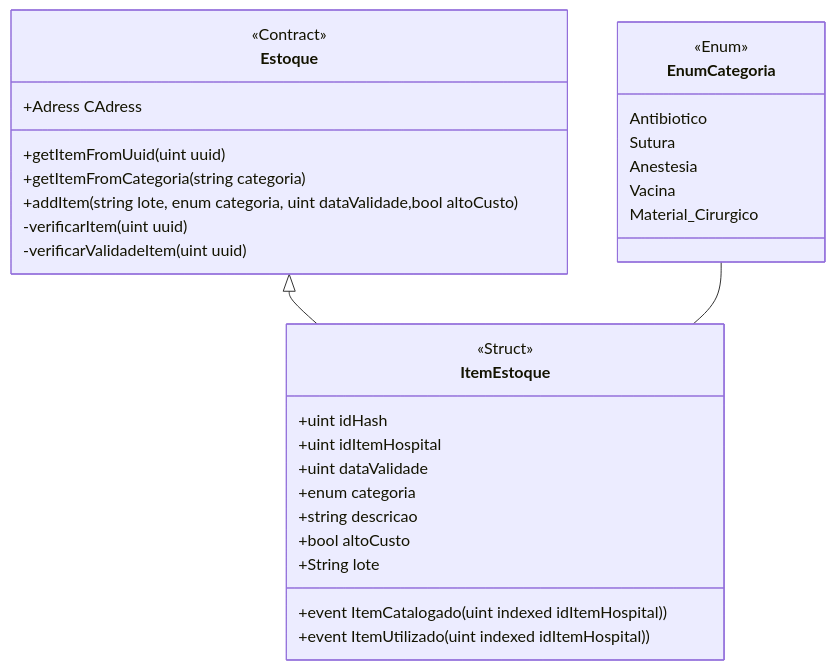
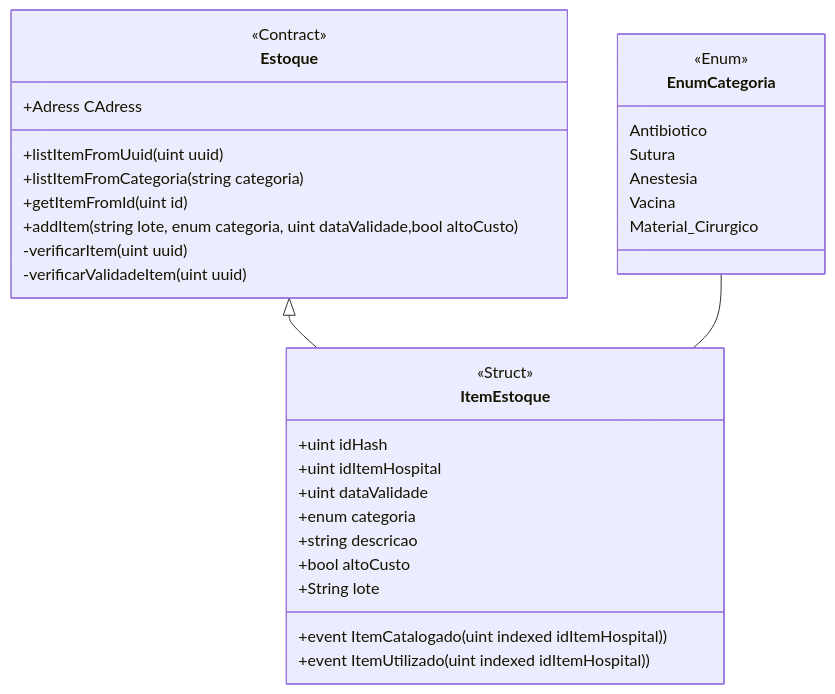
One commit to ccufcg/medvault changed the diagram in docs/modulo-estoque.md. Above: the diagram before and after it, drawn with Mermaid.

Commit message:
list Item modulo-estoque.md

````diff
--- a/docs/modulo-estoque.md
+++ b/docs/modulo-estoque.md
@@ -1,39 +1,40 @@
 ```mermaid
 classDiagram
 direction TB
     class EnumCategoria {
 	    Antibiotico
 	    Sutura
 	    Anestesia
 	    Vacina
 	    Material_Cirurgico
     }
 
     class ItemEstoque {
 	    +uint idHash
 	    +uint idItemHospital
 	    +uint dataValidade
 	    +enum categoria
 	    +string descricao
 	    +bool altoCusto
 	    +String lote
 	    +event ItemCatalogado(uint indexed idItemHospital))
 	    +event ItemUtilizado(uint indexed idItemHospital))
     }
 
     class Estoque {
 	    +Adress CAdress
-	    +getItemFromUuid(uint uuid)
-	    +getItemFromCategoria(string categoria)
+	    +listItemFromUuid(uint uuid)
+	    +listItemFromCategoria(string categoria)
+		+getItemFromId(uint id)
 	    +addItem(string lote, enum categoria, uint dataValidade,bool altoCusto)
 	    -verificarItem(uint uuid)
 	    -verificarValidadeItem(uint uuid)
     }
 
 	<<Enum>> EnumCategoria
 	<<Struct>> ItemEstoque
 	<<Contract>> Estoque
 
     Estoque <|-- ItemEstoque
     EnumCategoria -- ItemEstoque
 ```
````
